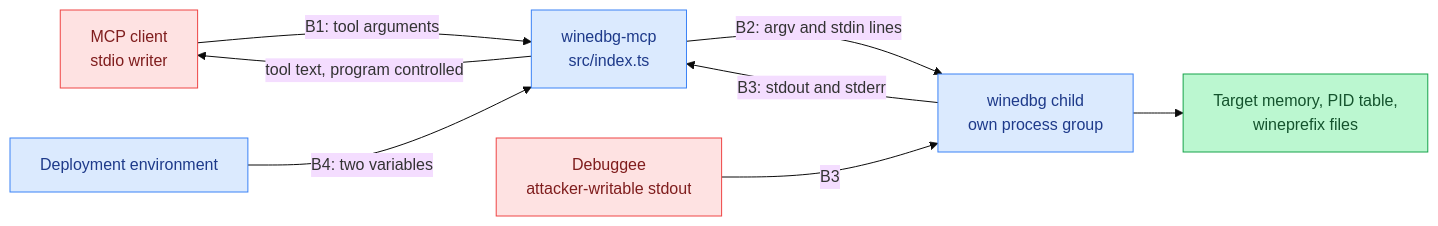
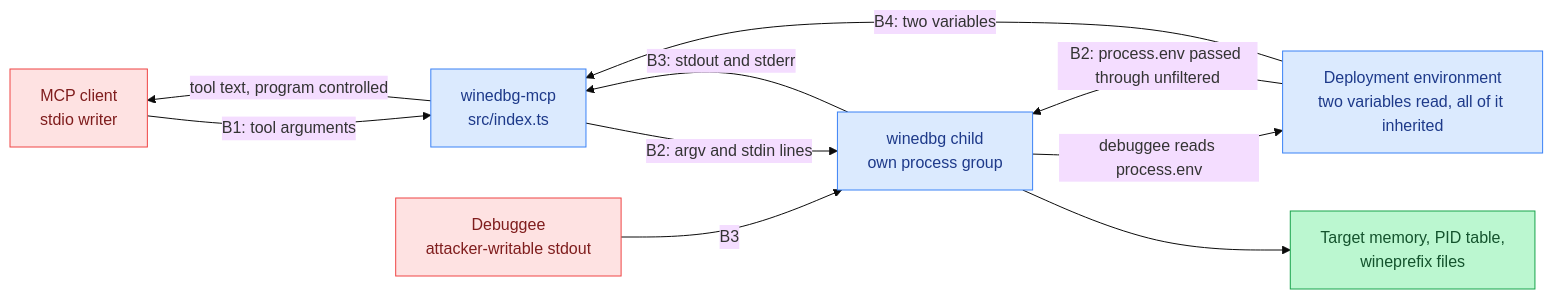
The diagram in docs/THREAT_MODEL.md (maci0/winedbg-mcp), drawn with Mermaid (base theme) before and after one commit. The commit also changed other lines of this file and 1 other file, not shown here.

Commit message:
docs: record inherited debuggee environment as a top threat

````diff
--- a/docs/THREAT_MODEL.md
+++ b/docs/THREAT_MODEL.md
@@ -64,14 +79,16 @@
 ```mermaid
 flowchart LR
   classDef trusted fill:#dbeafe,stroke:#3b82f6,color:#1e3a8a
   classDef untrusted fill:#fee2e2,stroke:#ef4444,color:#7f1d1d
   classDef asset fill:#bbf7d0,stroke:#16a34a,color:#14532d
 
   client["MCP client<br/>stdio writer"]:::untrusted -->|B1: tool arguments| server["winedbg-mcp<br/>src/index.ts"]:::trusted
-  env["Deployment environment"]:::trusted -->|B4: two variables| server
-  server -->|B2: argv and stdin lines| winedbg["winedbg child<br/>own process group"]:::trusted
-  winedbg -->|B3: stdout and stderr| server
-  target["Debuggee<br/>attacker-writable stdout"]:::untrusted -->|B3| winedbg
+  env["Deployment environment<br/>two variables read, all of it inherited"]:::trusted -->|B4: two variables| server
+  env -->|B2: process.env passed through unfiltered| child["winedbg child<br/>own process group"]:::trusted
+  server -->|B2: argv and stdin lines| child
+  child -->|B3: stdout and stderr| server
+  target["Debuggee<br/>attacker-writable stdout"]:::untrusted -->|B3| child
   server -->|tool text, program controlled| client
-  winedbg --> mem["Target memory, PID table,<br/>wineprefix files"]:::asset
+  child --> mem["Target memory, PID table,<br/>wineprefix files"]:::asset
+  child -->|"debuggee reads process.env"| env
 ```
````
